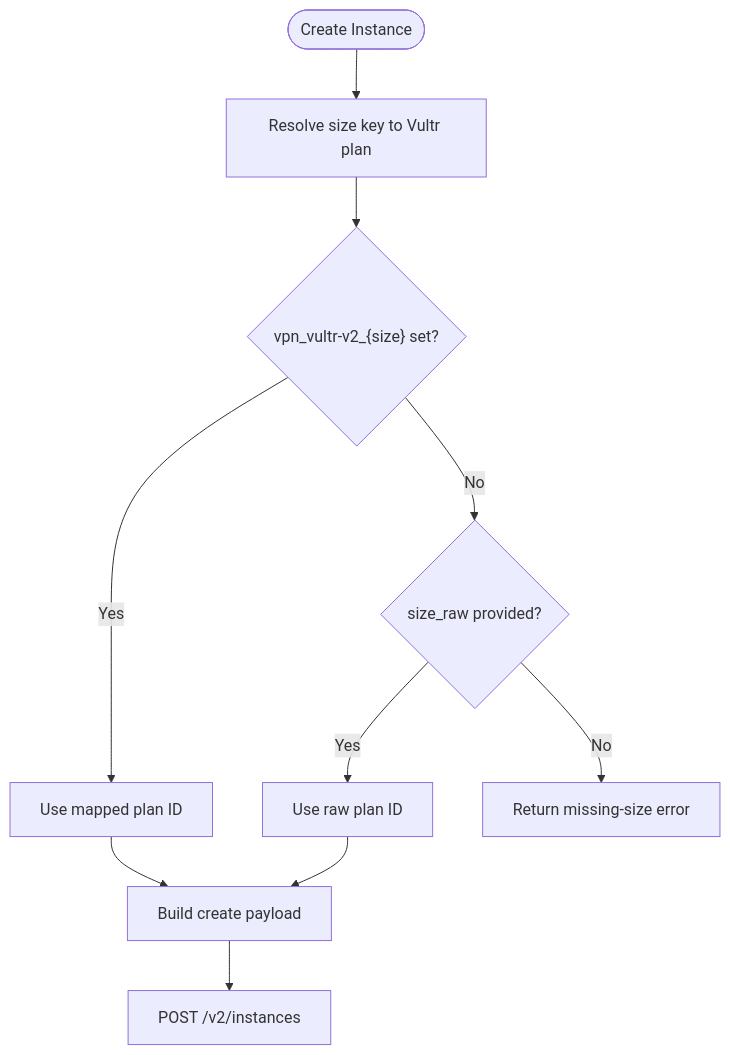
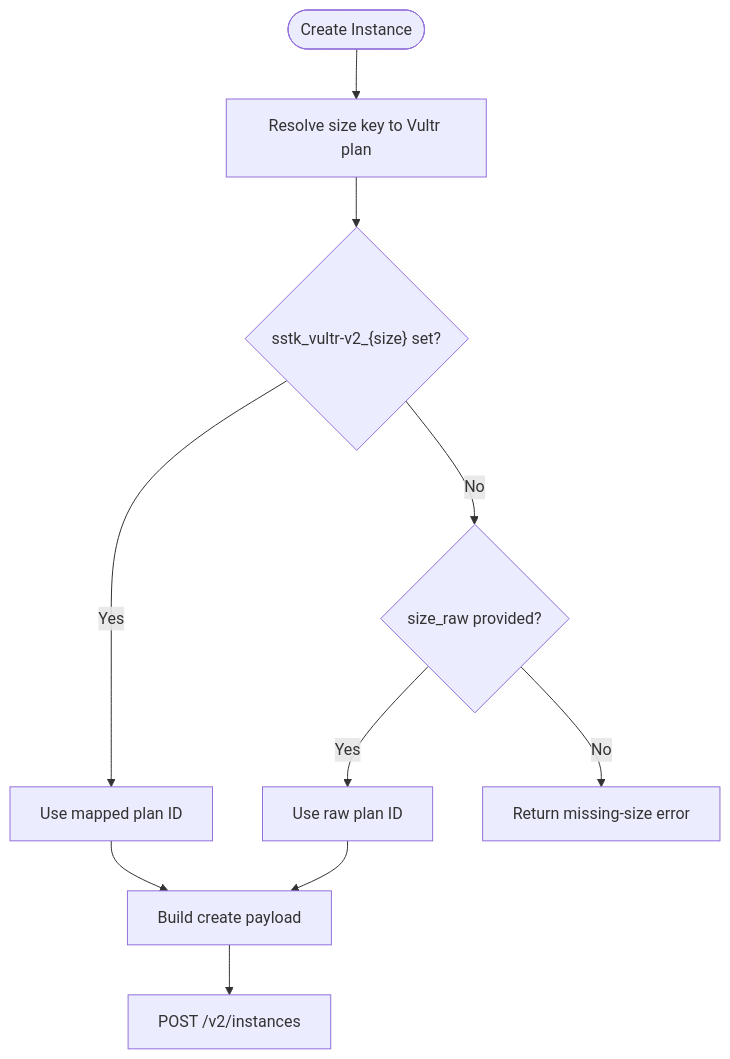
The fifth of 7 diagrams in .qoder/repowiki/en/content/Cloud Provider Integration/Vultr Provider Implementation.md (onedogsolutions/simple-stack), drawn with Mermaid before and after one commit. The commit also changed other lines of this file and 5941 other files, not shown here.

````diff
--- a/.qoder/repowiki/en/content/Cloud Provider Integration/Vultr Provider Implementation.md
+++ b/.qoder/repowiki/en/content/Cloud Provider Integration/Vultr Provider Implementation.md
@@ -214,12 +214,12 @@
 ```mermaid
 flowchart TD
 Start(["Create Instance"]) --> ResolveSize["Resolve size key to Vultr plan"]
-ResolveSize --> HasMapping{"vpn_vultr-v2_{size} set?"}
+ResolveSize --> HasMapping{"sstk_vultr-v2_{size} set?"}
 HasMapping --> |Yes| UseMapping["Use mapped plan ID"]
 HasMapping --> |No| HasRaw{"size_raw provided?"}
 HasRaw --> |Yes| UseRaw["Use raw plan ID"]
 HasRaw --> |No| ErrorMissing["Return missing-size error"]
 UseMapping --> BuildBody["Build create payload"]
 UseRaw --> BuildBody
 BuildBody --> CallAPI["POST /v2/instances"]
 ```
````
